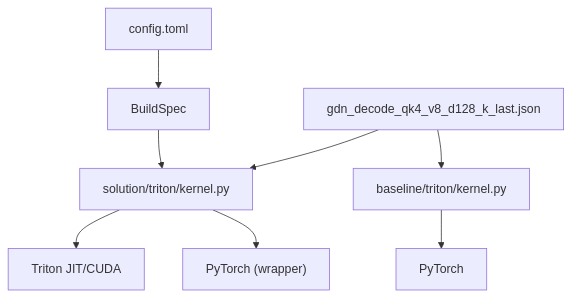
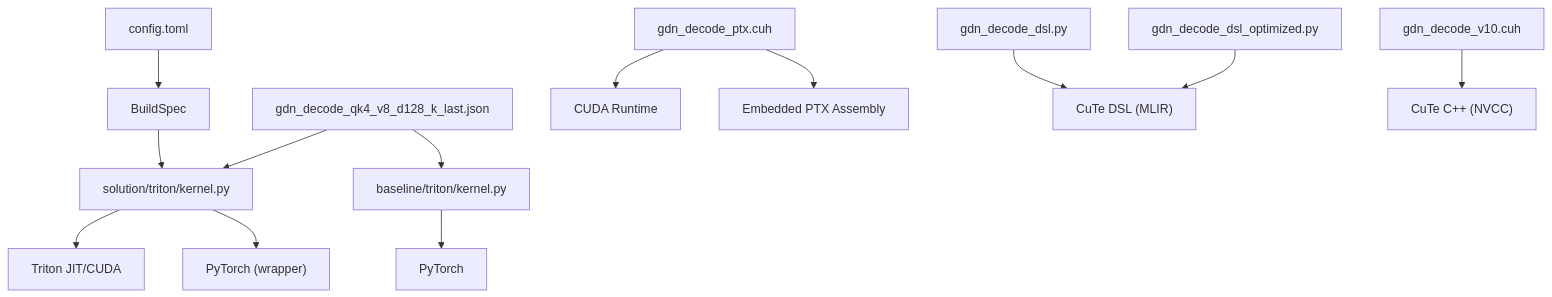
Before and after one commit to gugudeshubao/flashinfer-bench-tma-thrust: the fourth of 4 diagrams in .qoder/repowiki/en/content/Core Kernels/GDN Decode Kernel.md, drawn with Mermaid. The commit also changed other lines of this file and 19 other files, not shown here.

````diff
--- a/.qoder/repowiki/en/content/Core Kernels/GDN Decode Kernel.md
+++ b/.qoder/repowiki/en/content/Core Kernels/GDN Decode Kernel.md
@@ -201,10 +365,15 @@
 ```mermaid
 graph TB
 A["solution/triton/kernel.py"] --> B["Triton JIT/CUDA"]
 A --> C["PyTorch (wrapper)"]
 D["baseline/triton/kernel.py"] --> E["PyTorch"]
 F["config.toml"] --> G["BuildSpec"]
 G --> A
 H["gdn_decode_qk4_v8_d128_k_last.json"] --> A
 H --> D
+I["gdn_decode_ptx.cuh"] --> J["CUDA Runtime"]
+I --> K["Embedded PTX Assembly"]
+L["gdn_decode_dsl.py"] --> M["CuTe DSL (MLIR)"]
+N["gdn_decode_dsl_optimized.py"] --> M
+O["gdn_decode_v10.cuh"] --> P["CuTe C++ (NVCC)"]
 ```
````
